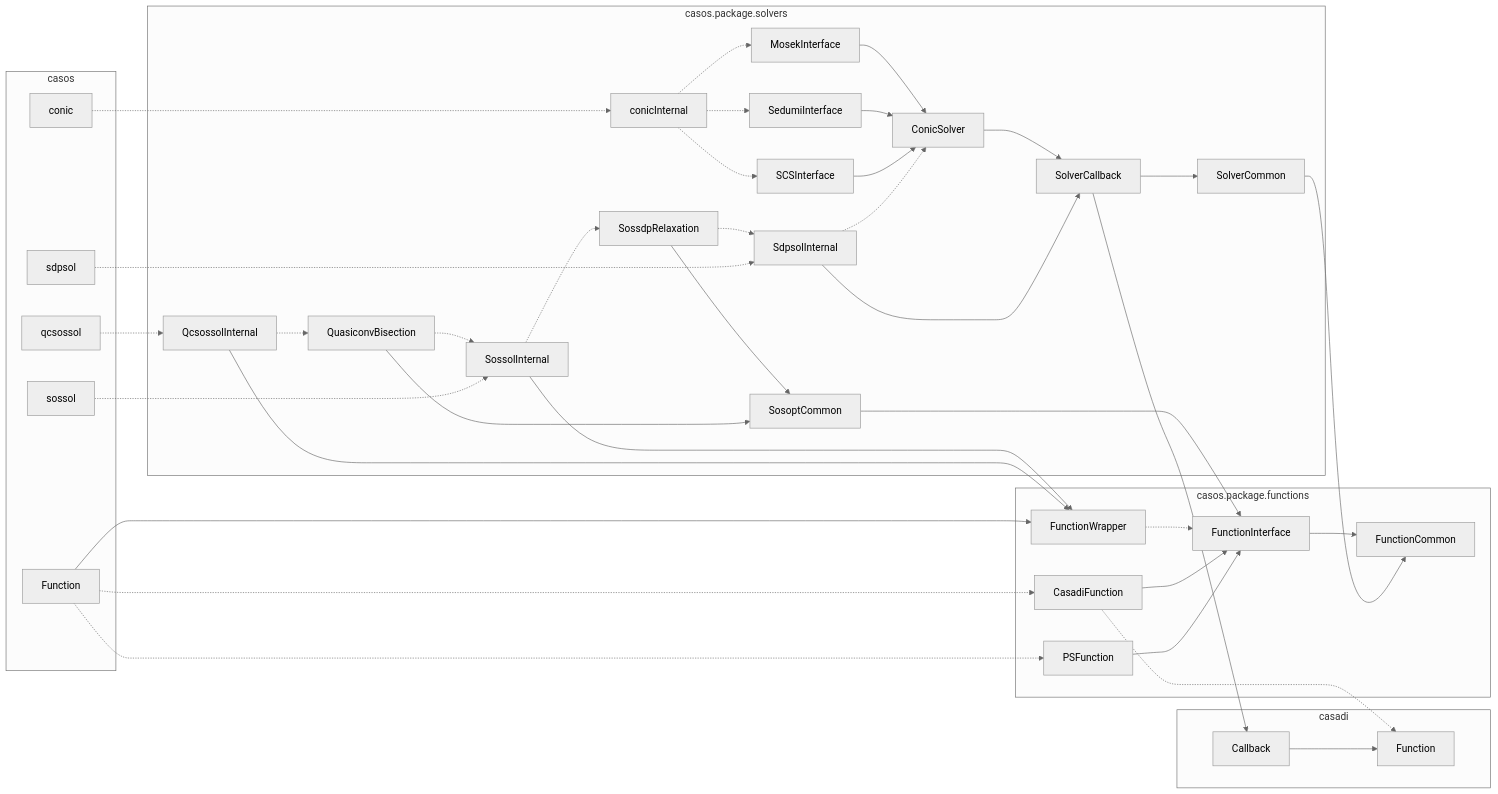
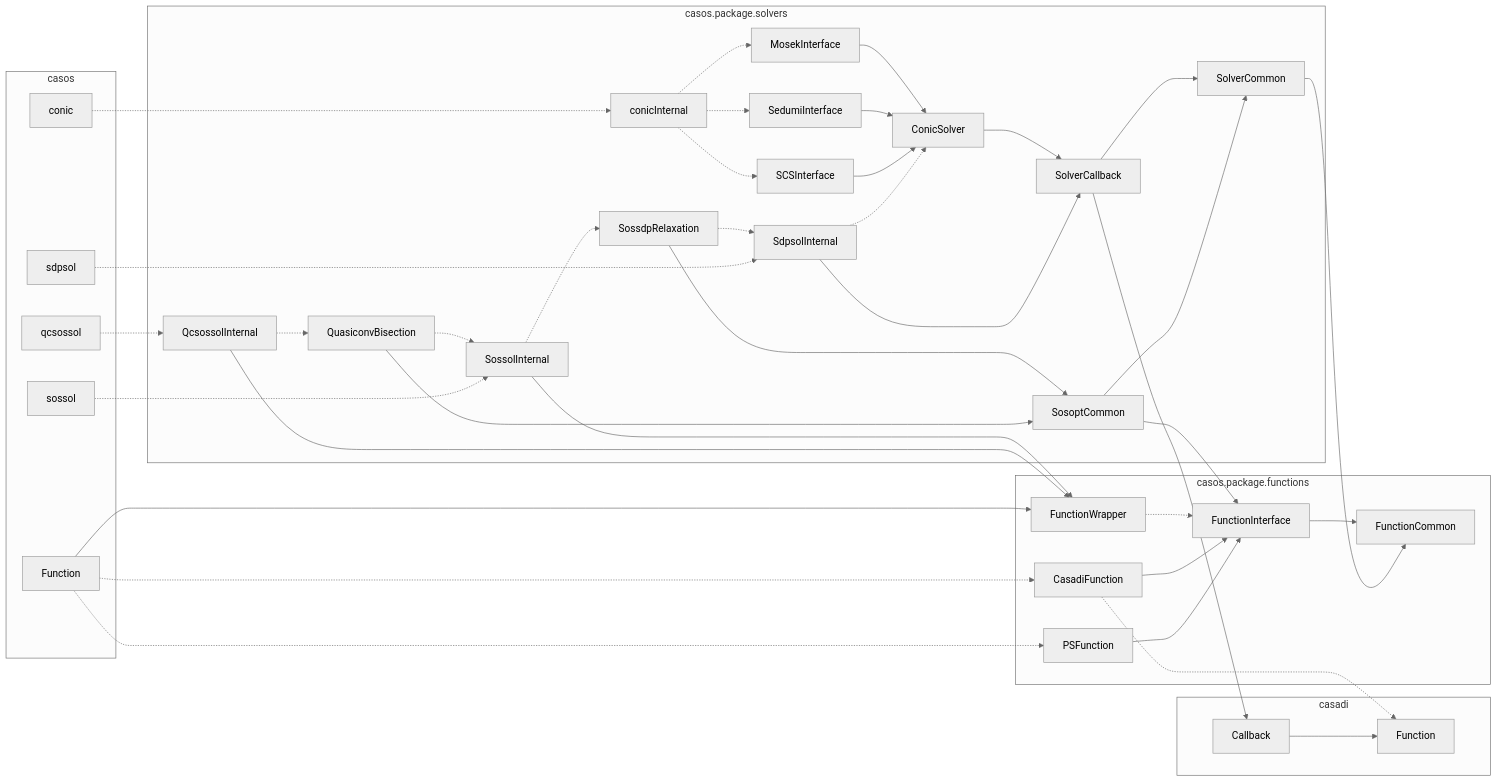
One commit to iFR-ACSO/casos changed the diagram in +casos/+package/README.md. Above: the diagram before and after it, drawn with Mermaid (neutral theme).

Commit message:
Corrected internal class diagram.

````diff
--- a/+casos/+package/README.md
+++ b/+casos/+package/README.md
@@ -3,50 +3,51 @@
 ```mermaid
 flowchart LR
   subgraph casadi
     casadi.Callback[Callback] --> casadi.Function[Function]
   end
   subgraph casos
     casos.Function[Function]
     casos.conic[conic]
     casos.sdpsol[sdpsol]
     casos.sossol[sossol]
     casos.qcsossol[qcsossol]
   end
   subgraph casos.package.functions
     FunctionInterface --> FunctionCommon
     FunctionWrapper -.-> FunctionInterface
     CasadiFunction --> FunctionInterface
     PSFunction --> FunctionInterface
   end
   subgraph casos.package.solvers
     ConicSolver --> SolverCallback
     SolverCallback --> SolverCommon
     MosekInterface --> ConicSolver
     SedumiInterface --> ConicSolver
     SCSInterface --> ConicSolver
     SdpsolInternal --> SolverCallback
     SdpsolInternal -.-> ConicSolver
     conicInternal -.-> MosekInterface
     conicInternal -.-> SedumiInterface
     conicInternal -.-> SCSInterface
+    SosoptCommon --> SolverCommon
     SossolInternal --> FunctionWrapper
     SossolInternal -.-> SossdpRelaxation
     SossdpRelaxation --> SosoptCommon
     SossdpRelaxation -.-> SdpsolInternal
     QcsossolInternal --> FunctionWrapper
     QcsossolInternal -.-> QuasiconvBisection
     QuasiconvBisection --> SosoptCommon
     QuasiconvBisection -.-> SossolInternal
   end
   casos.Function --> FunctionWrapper
   casos.Function -.-> CasadiFunction
   casos.Function -.-> PSFunction
   CasadiFunction -.-> casadi.Function
   SolverCallback --> casadi.Callback
   SolverCommon --> FunctionCommon
   SosoptCommon --> FunctionInterface
   casos.conic -.-> conicInternal
   casos.sdpsol -.-> SdpsolInternal
   casos.sossol -.-> SossolInternal
   casos.qcsossol -.-> QcsossolInternal
 ```
````
